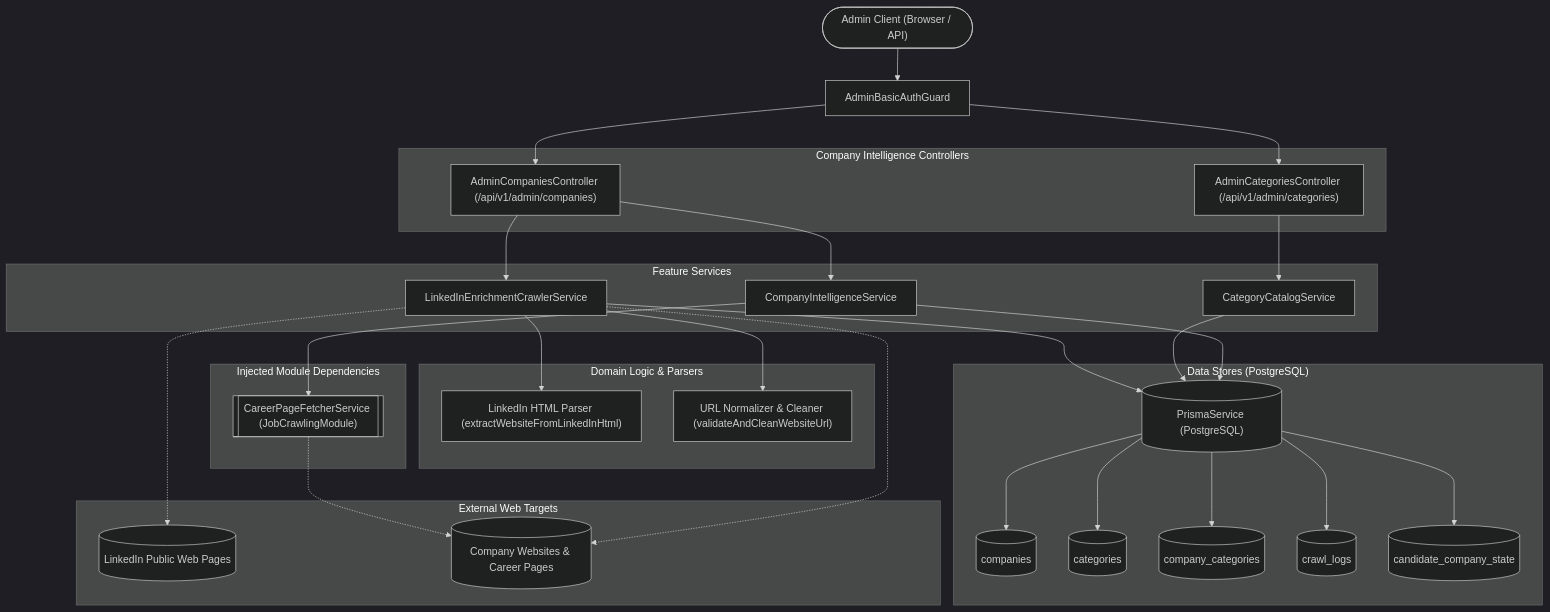
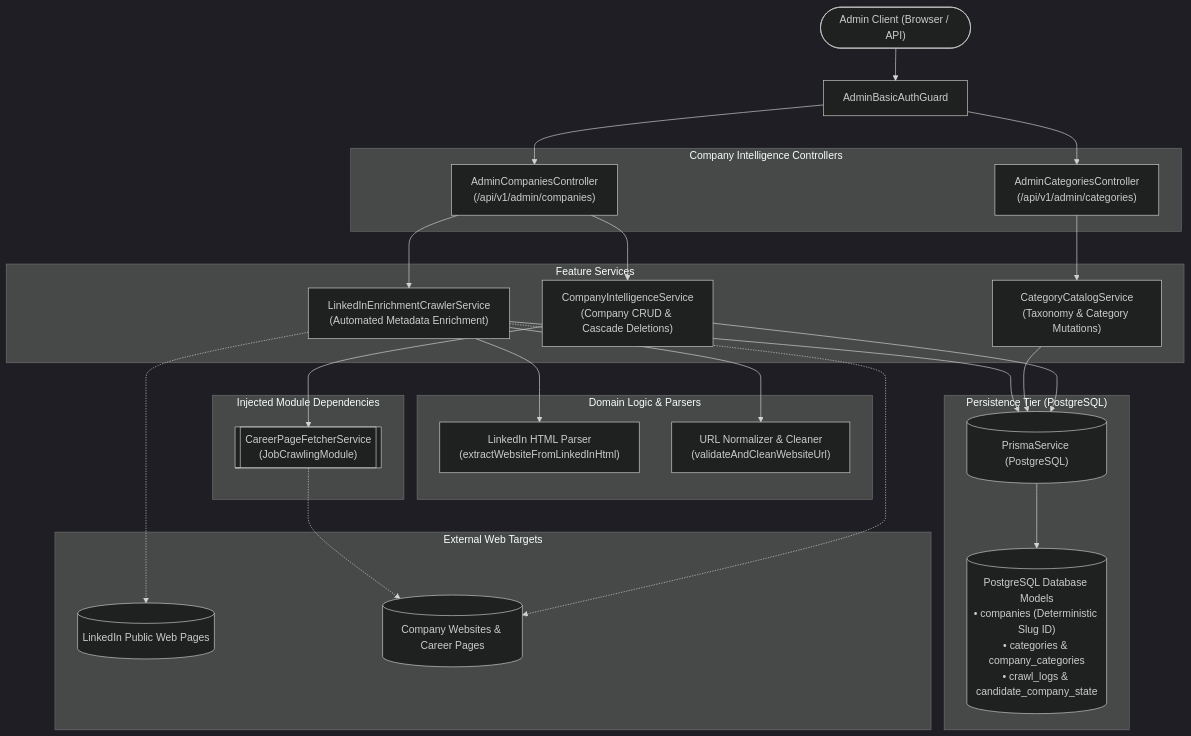
One commit to MohammadSheakh/job-intelligence changed the first of 5 diagrams in backend/src/features/company-intelligence/README.md. Above: the diagram before and after it, drawn with Mermaid (dark theme). The commit also changed other lines of this file and 19 other files, not shown here.

First line of the commit message:
docs(architecture): add technical diagram specs and enhance feature READMEs

````diff
--- a/backend/src/features/company-intelligence/README.md
+++ b/backend/src/features/company-intelligence/README.md
@@ -10,63 +10,55 @@
 ```mermaid
 flowchart TD
     AdminClient(["Admin Client (Browser / API)"]) --> Guard["AdminBasicAuthGuard"]
 
     subgraph Controllers ["Company Intelligence Controllers"]
-        CompaniesCtrl["AdminCompaniesController (/api/v1/admin/companies)"]
-        CategoriesCtrl["AdminCategoriesController (/api/v1/admin/categories)"]
+        CompaniesCtrl["AdminCompaniesController<br/>(/api/v1/admin/companies)"]
+        CategoriesCtrl["AdminCategoriesController<br/>(/api/v1/admin/categories)"]
     end
 
     Guard --> CompaniesCtrl
     Guard --> CategoriesCtrl
 
     subgraph Services ["Feature Services"]
-        CompanySvc["CompanyIntelligenceService"]
-        CategorySvc["CategoryCatalogService"]
-        LinkedInSvc["LinkedInEnrichmentCrawlerService"]
+        CompanySvc["CompanyIntelligenceService<br/>(Company CRUD & Cascade Deletions)"]
+        CategorySvc["CategoryCatalogService<br/>(Taxonomy & Category Mutations)"]
+        LinkedInSvc["LinkedInEnrichmentCrawlerService<br/>(Automated Metadata Enrichment)"]
     end
 
     CompaniesCtrl --> CompanySvc
     CompaniesCtrl --> LinkedInSvc
     CategoriesCtrl --> CategorySvc
 
     subgraph Domain ["Domain Logic & Parsers"]
-        LinkedInParser["LinkedIn HTML Parser (extractWebsiteFromLinkedInHtml)"]
-        UrlCleaner["URL Normalizer & Cleaner (validateAndCleanWebsiteUrl)"]
+        LinkedInParser["LinkedIn HTML Parser<br/>(extractWebsiteFromLinkedInHtml)"]
+        UrlCleaner["URL Normalizer & Cleaner<br/>(validateAndCleanWebsiteUrl)"]
     end
 
     LinkedInSvc --> LinkedInParser
     LinkedInSvc --> UrlCleaner
 
     subgraph CrossModuleDependencies ["Injected Module Dependencies"]
-        FetcherSvc[["CareerPageFetcherService (JobCrawlingModule)"]]
+        FetcherSvc[["CareerPageFetcherService<br/>(JobCrawlingModule)"]]
     end
 
     CompanySvc --> FetcherSvc
 
     subgraph ExternalWeb ["External Web Targets"]
         LinkedInWeb[("LinkedIn Public Web Pages")]
         CompanyWeb[("Company Websites & Career Pages")]
     end
 
     LinkedInSvc -.-> LinkedInWeb
     LinkedInSvc -.-> CompanyWeb
     FetcherSvc -.-> CompanyWeb
 
-    subgraph DataStorage ["Data Stores (PostgreSQL)"]
+    subgraph DataStorage ["Persistence Tier (PostgreSQL)"]
         Prisma[("PrismaService (PostgreSQL)")]
-        CompanyModel[("companies")]
-        CategoryModel[("categories")]
-        JoinModel[("company_categories")]
-        CrawlLogModel[("crawl_logs")]
-        CandidateStateModel[("candidate_company_state")]
+        DBTables[("PostgreSQL Database Models<br/>• companies (Deterministic Slug ID)<br/>• categories & company_categories<br/>• crawl_logs & candidate_company_state")]
     end
 
     CompanySvc --> Prisma
     CategorySvc --> Prisma
     LinkedInSvc --> Prisma
-    Prisma --> CompanyModel
-    Prisma --> CategoryModel
-    Prisma --> JoinModel
-    Prisma --> CrawlLogModel
-    Prisma --> CandidateStateModel
+    Prisma --> DBTables
 ```
````
